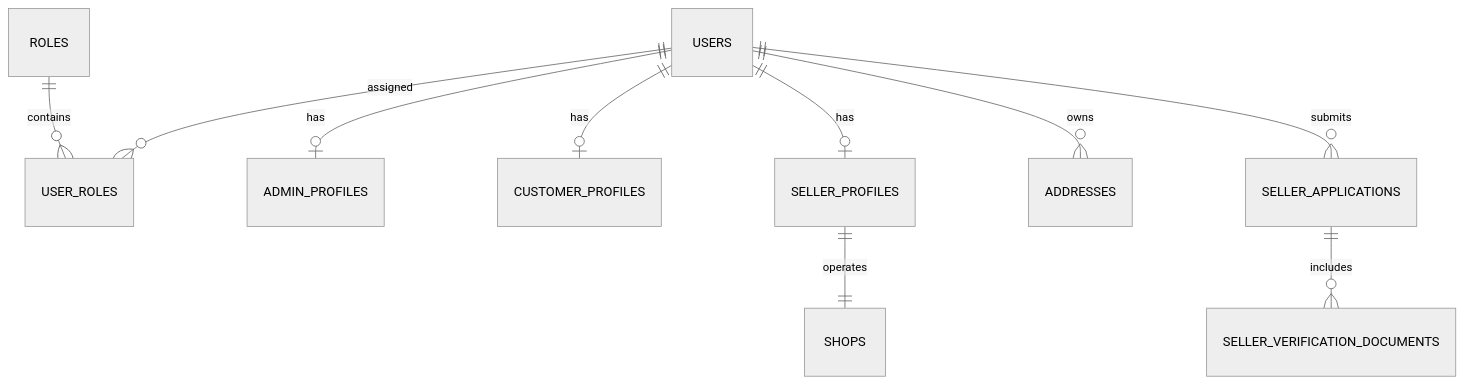
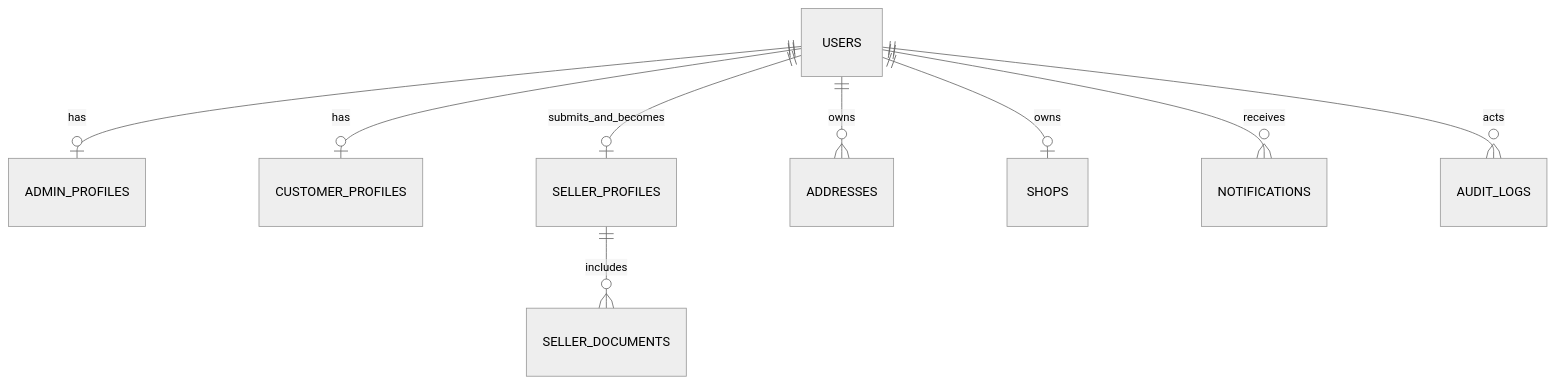
One commit to HgThuan/CE_Training changed the first of 5 diagrams in ecommerce/docs/Technical Documents/database_design.md. Above: the diagram before and after it, drawn with Mermaid (neutral theme). The commit also changed other lines of this file and 22 other files, not shown here.

````diff
--- a/ecommerce/docs/Technical Documents/database_design.md
+++ b/ecommerce/docs/Technical Documents/database_design.md
@@ -255,12 +278,11 @@
 ```mermaid
 erDiagram
-    USERS ||--o{ USER_ROLES : assigned
-    ROLES ||--o{ USER_ROLES : contains
     USERS ||--o| ADMIN_PROFILES : has
     USERS ||--o| CUSTOMER_PROFILES : has
-    USERS ||--o| SELLER_PROFILES : has
+    USERS ||--o| SELLER_PROFILES : submits_and_becomes
     USERS ||--o{ ADDRESSES : owns
-    USERS ||--o{ SELLER_APPLICATIONS : submits
-    SELLER_APPLICATIONS ||--o{ SELLER_VERIFICATION_DOCUMENTS : includes
-    SELLER_PROFILES ||--|| SHOPS : operates
+    SELLER_PROFILES ||--o{ SELLER_DOCUMENTS : includes
+    USERS ||--o| SHOPS : owns
+    USERS ||--o{ NOTIFICATIONS : receives
+    USERS ||--o{ AUDIT_LOGS : acts
 ```
````
